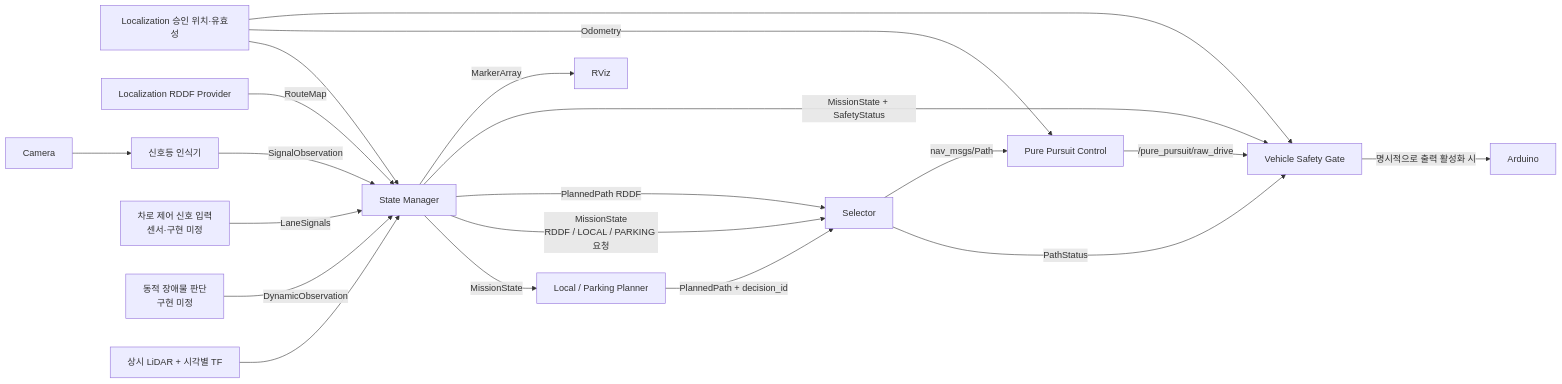
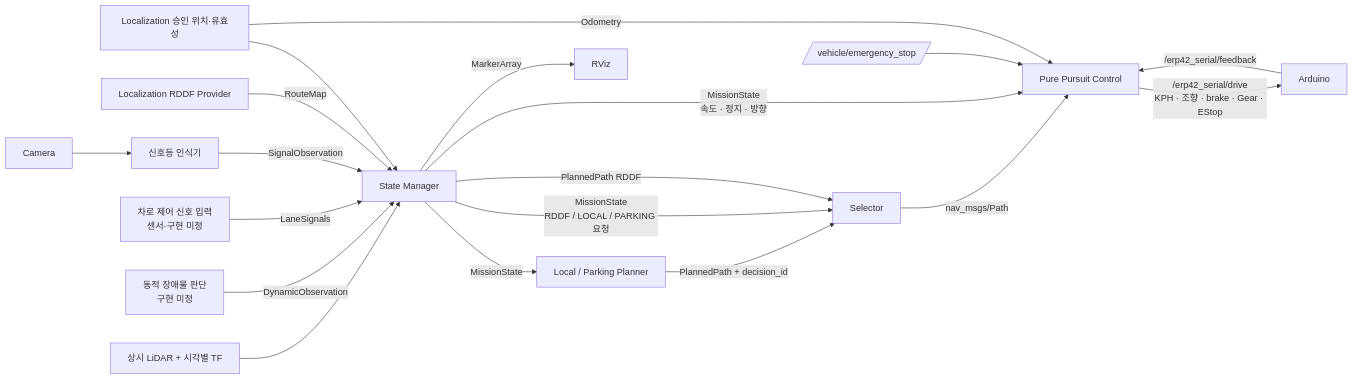
The diagram in src/state_manager/README.md (Team-Stier/HL-FMA-1-5-2026), drawn with Mermaid before and after one commit. The commit also changed other lines of this file and 30 other files, not shown here.

````diff
--- a/src/state_manager/README.md
+++ b/src/state_manager/README.md
@@ -17,22 +17,21 @@
 ```mermaid
 flowchart LR
   L[Localization 승인 위치·유효성] --> S[State Manager]
   R[Localization RDDF Provider] -->|RouteMap| S
   C[Camera] --> T[신호등 인식기]
   T -->|SignalObservation| S
   LANE[차로 제어 신호 입력<br/>센서·구현 미정] -->|LaneSignals| S
   DYN[동적 장애물 판단<br/>구현 미정] -->|DynamicObservation| S
   D[상시 LiDAR + 시각별 TF] --> S
   S -->|MissionState| P[Local / Parking Planner]
   S -->|MissionState<br/>RDDF / LOCAL / PARKING 요청| X[Selector]
   S -->|PlannedPath RDDF| X
   P -->|PlannedPath + decision_id| X
-  X -->|PathStatus| G[Vehicle Safety Gate]
   X -->|nav_msgs/Path| PP[Pure Pursuit Control]
   L -->|Odometry| PP
-  PP -->|/pure_pursuit/raw_drive| G
-  S -->|MissionState + SafetyStatus| G
-  L --> G
-  G -->|명시적으로 출력 활성화 시| A[Arduino]
+  S -->|MissionState<br/>속도 · 정지 · 방향| PP
+  E[/vehicle/emergency_stop/] --> PP
+  PP -->|/erp42_serial/drive<br/>KPH · 조향 · brake · Gear · EStop| A[Arduino]
+  A -->|/erp42_serial/feedback| PP
   S -->|MarkerArray| Z[RViz]
 ```
````
